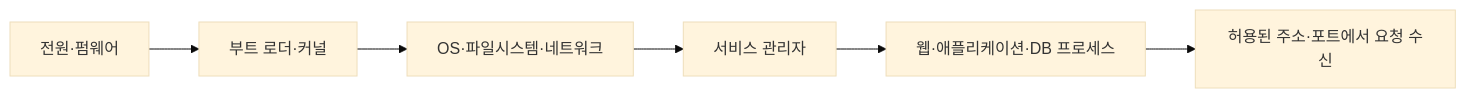
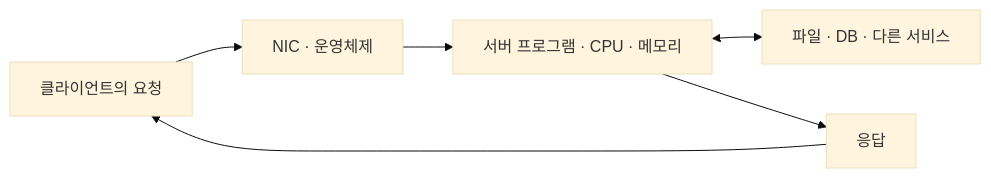
One commit to Qbooo/Qbooo.github.io changed the diagram in content/Knowledge Base/Server.md. Above: the diagram before and after it, drawn with Mermaid (base theme). The commit also changed other lines of this file and 55 other files, not shown here.

````diff
--- a/content/Knowledge Base/Server.md
+++ b/content/Knowledge Base/Server.md
@@ -49,8 +51,8 @@
 ```mermaid
 flowchart LR
-    P["전원·펌웨어"] --> K["부트 로더·커널"]
-    K --> O["OS·파일시스템·네트워크"]
-    O --> S["서비스 관리자"]
-    S --> A["웹·애플리케이션·DB 프로세스"]
-    A --> L["허용된 주소·포트에서 요청 수신"]
+    C["클라이언트의 요청"] --> N["NIC · 운영체제"]
+    N --> P["서버 프로그램 · CPU · 메모리"]
+    P <--> D["파일 · DB · 다른 서비스"]
+    P --> R["응답"]
+    R --> C
 ```
````
